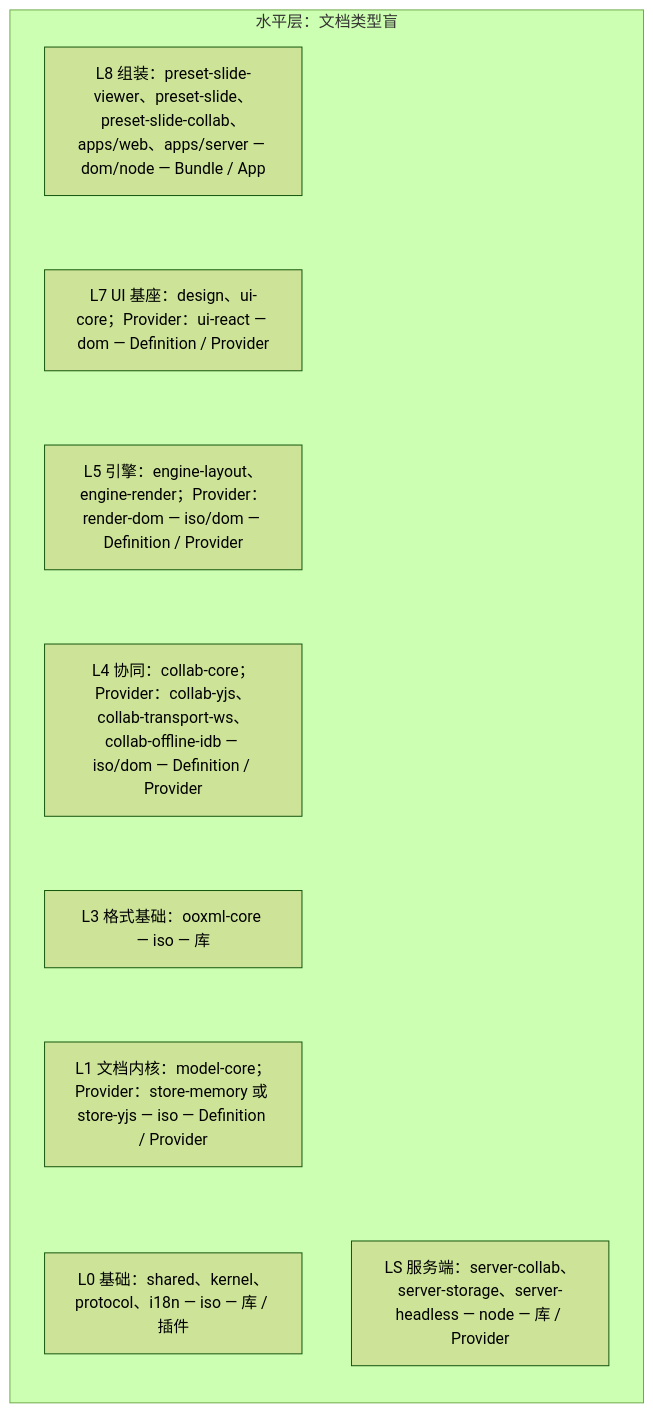
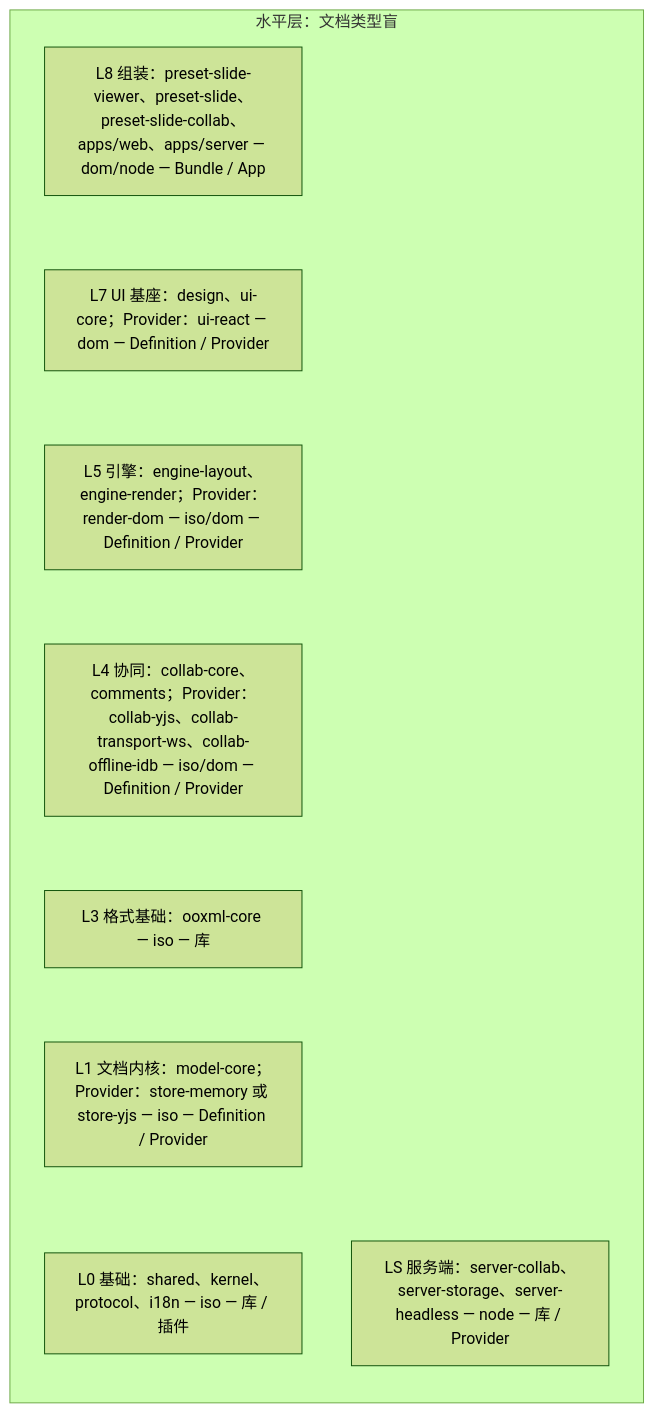
One commit to Xeonice/cordis-ppt-editor changed the first of 9 diagrams in docs/30-architecture/02-layering-and-packages.md. Above: the diagram before and after it, drawn with Mermaid (forest theme). The commit also changed other lines of this file and 79 other files, not shown here.

````diff
--- a/docs/30-architecture/02-layering-and-packages.md
+++ b/docs/30-architecture/02-layering-and-packages.md
@@ -12,15 +12,15 @@
 ```mermaid
 flowchart TB
   subgraph horiz["水平层：文档类型盲"]
     direction TB
     l8["L8 组装：preset-slide-viewer、preset-slide、preset-slide-collab、apps/web、apps/server — dom/node — Bundle / App"]
     l7["L7 UI 基座：design、ui-core；Provider：ui-react — dom — Definition / Provider"]
     l5["L5 引擎：engine-layout、engine-render；Provider：render-dom — iso/dom — Definition / Provider"]
-    l4["L4 协同：collab-core；Provider：collab-yjs、collab-transport-ws、collab-offline-idb — iso/dom — Definition / Provider"]
+    l4["L4 协同：collab-core、comments；Provider：collab-yjs、collab-transport-ws、collab-offline-idb — iso/dom — Definition / Provider"]
     l3["L3 格式基础：ooxml-core — iso — 库"]
     l1["L1 文档内核：model-core；Provider：store-memory 或 store-yjs — iso — Definition / Provider"]
     l0["L0 基础：shared、kernel、protocol、i18n — iso — 库 / 插件"]
     ls["LS 服务端：server-collab、server-storage、server-headless — node — 库 / Provider"]
   end
   l8 ~~~ l7 ~~~ l5 ~~~ l4 ~~~ l3 ~~~ l1 ~~~ l0
 ```
````
